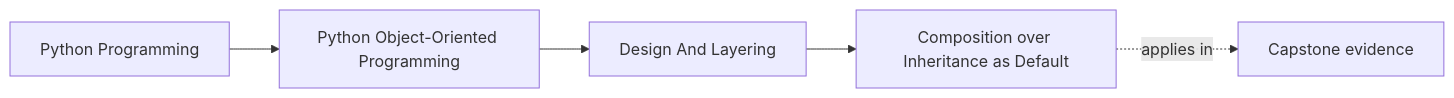
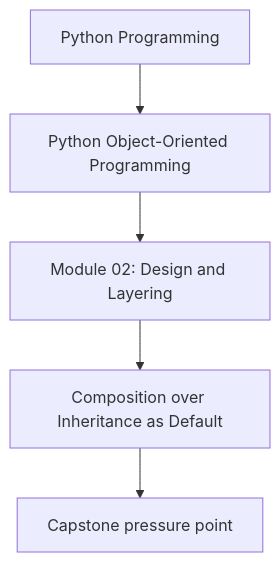
Before and after one commit to bijux/bijux-masterclass: the first of 2 diagrams in programs/python-programming/python-object-oriented-programming/course-book/module-02-design-and-layering/composition-over-inheritance.md, drawn with Mermaid. The commit also changed other lines of this file and 107 other files, not shown here.

Commit message:
docs(python-object-oriented-programming): align concept page diagrams

````diff
--- a/programs/python-programming/python-object-oriented-programming/course-book/module-02-design-and-layering/composition-over-inheritance.md
+++ b/programs/python-programming/python-object-oriented-programming/course-book/module-02-design-and-layering/composition-over-inheritance.md
@@ -7,11 +7,7 @@
 ```mermaid
-graph LR
-  family["Python Programming"]
-  program["Python Object-Oriented Programming"]
-  section["Design And Layering"]
-  page["Composition over Inheritance as Default"]
-  capstone["Capstone evidence"]
-
-  family --> program --> section --> page
-  page -.applies in.-> capstone
+flowchart TD
+  family["Python Programming"] --> program["Python Object-Oriented Programming"]
+  program --> module["Module 02: Design and Layering"]
+  module --> concept["Composition over Inheritance as Default"]
+  concept --> capstone["Capstone pressure point"]
 ```
````
